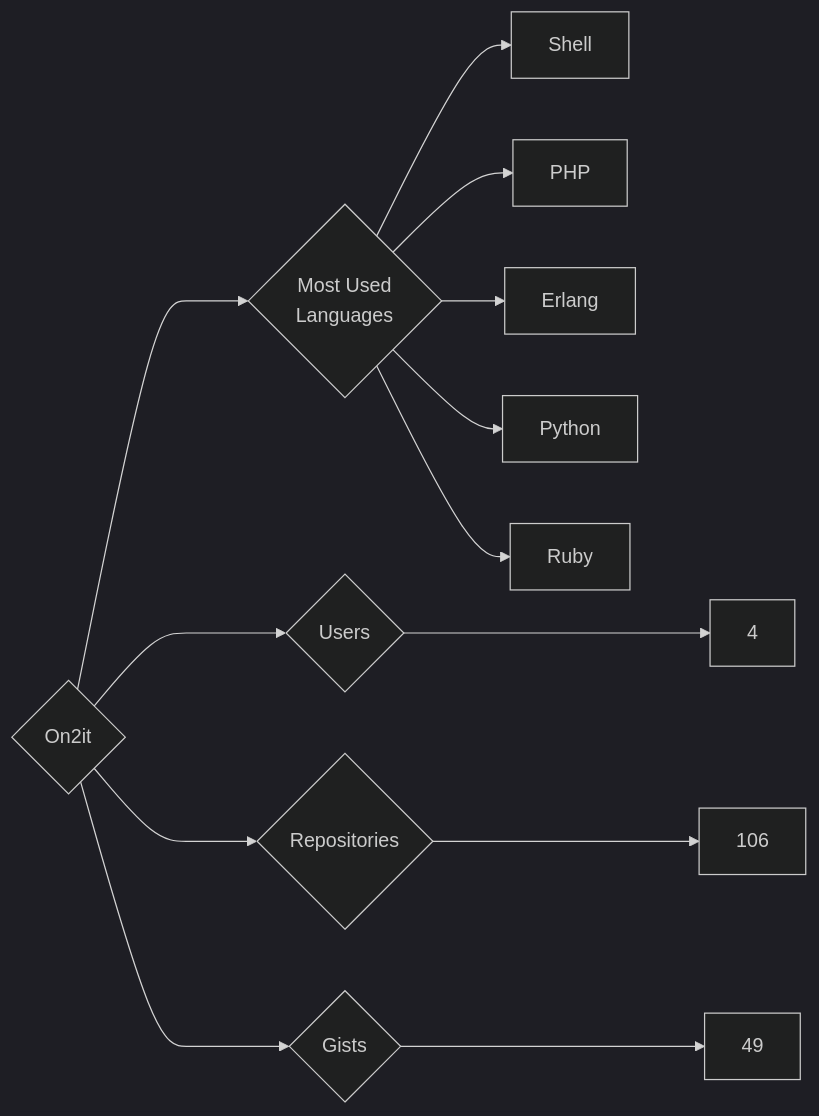
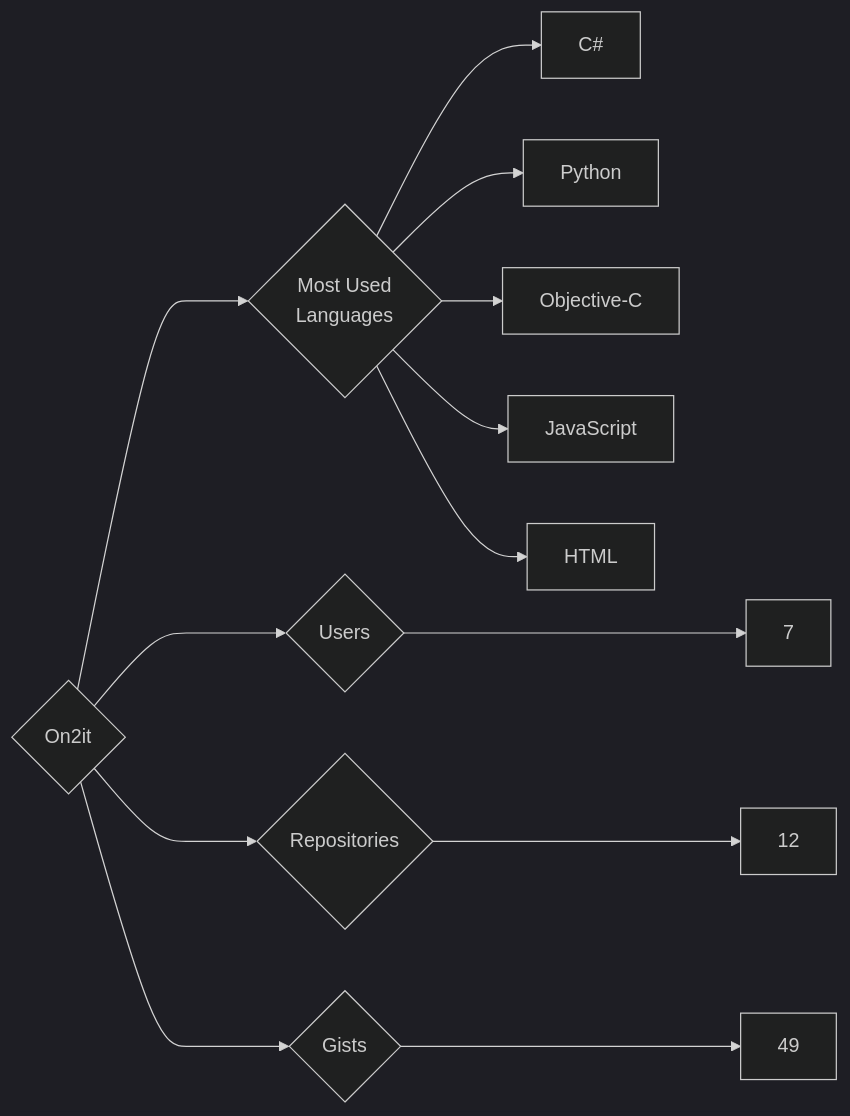
The diagram in targets/On2it/README.md (trickest/insiders), drawn with Mermaid (dark theme) before and after one commit. The commit also changed 1696 other files, not shown here.

````diff
--- a/targets/On2it/README.md
+++ b/targets/On2it/README.md
@@ -3,13 +3,13 @@
 ```mermaid
 graph LR
 COMPANY_NAME{On2it}
-COMPANY_NAME ---> U{Users} ---> UN[4]
-COMPANY_NAME ---> R{Repositories} ---> RN[106]
+COMPANY_NAME ---> U{Users} ---> UN[7]
+COMPANY_NAME ---> R{Repositories} ---> RN[12]
 COMPANY_NAME ---> G{Gists} ---> GN[49]
 COMPANY_NAME ---> ML{Most Used<br>Languages}
-ML --> Shell[Shell]
-ML --> PHP[PHP]
-ML --> Erlang[Erlang]
+ML --> C#[C#]
 ML --> Python[Python]
-ML --> Ruby[Ruby]
+ML --> Objective-C[Objective-C]
+ML --> JavaScript[JavaScript]
+ML --> HTML[HTML]
 ```
````
